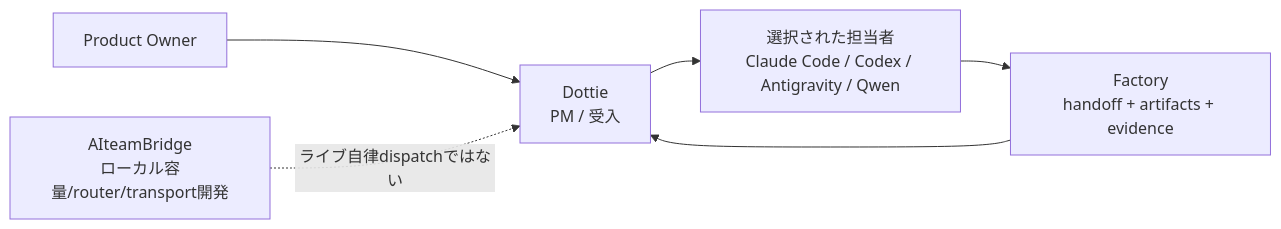
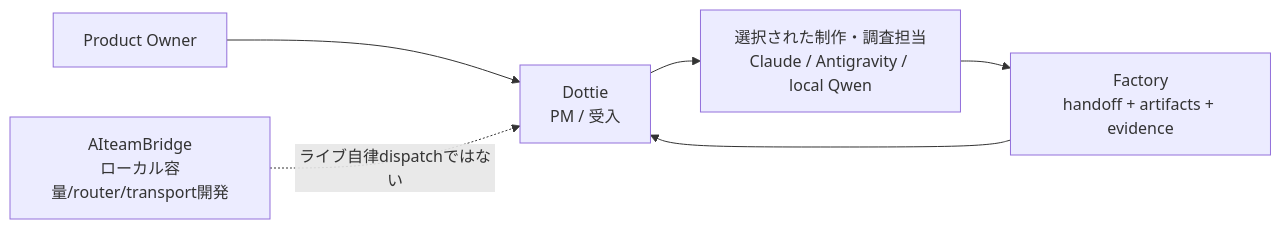
One commit to moruku36/multi-ai-workflow changed the diagram in README.ja.md. Above: the diagram before and after it, drawn with Mermaid. The commit also changed other lines of this file and 11 other files, not shown here.

Commit message:
docs: broaden Claude and Antigravity work allocation with bounded Codex escalation

````diff
--- a/README.ja.md
+++ b/README.ja.md
@@ -28,8 +28,8 @@
 ```mermaid
 flowchart LR
     U["Product Owner"] --> D["Dottie<br/>PM / 受入"]
-    D --> A["選択された担当者<br/>Claude Code / Codex / Antigravity / Qwen"]
+    D --> A["選択された制作・調査担当<br/>Claude / Antigravity / local Qwen"]
     A --> F["Factory<br/>handoff + artifacts + evidence"]
     F --> D
     B["AIteamBridge<br/>ローカル容量/router/transport開発"] -. "ライブ自律dispatchではない" .-> D
 ```
````
